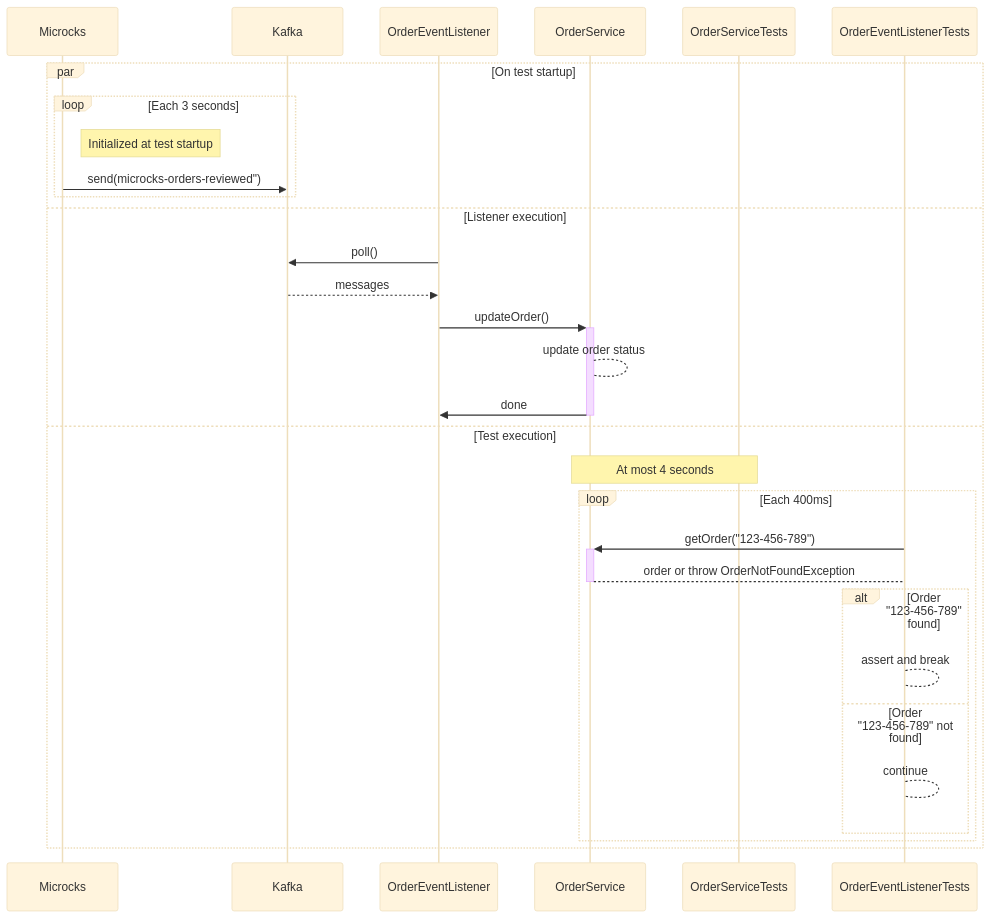
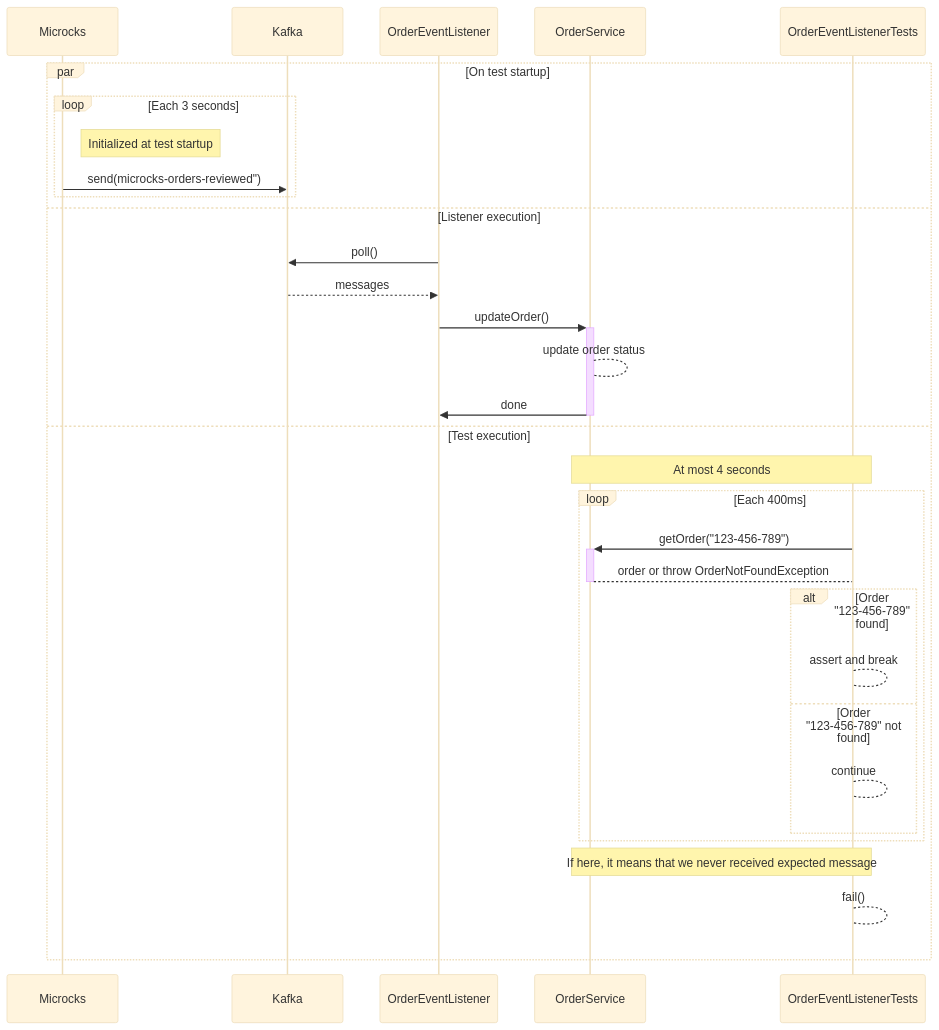
One commit to microcks/microcks-testcontainers-java-spring-demo changed the second of 2 diagrams in step-5-write-async-tests.md. Above: the diagram before and after it, drawn with Mermaid (base theme). The commit also changed other lines of this file, not shown here.

Commit message:
Fix sequence diagram of Order Event Listener test Signed-off-by: Laurent Broudoux <laurent.broudoux@gmail.com>

````diff
--- a/step-5-write-async-tests.md
+++ b/step-5-write-async-tests.md
@@ -175,27 +175,29 @@
 ```mermaid
 sequenceDiagram
   par On test startup
     loop Each 3 seconds
       participant Microcks
       Note right of Microcks: Initialized at test startup
       Microcks->>Kafka: send(microcks-orders-reviewed")
     end
   and Listener execution
     OrderEventListener->>Kafka: poll()
     Kafka-->>OrderEventListener: messages
     OrderEventListener->>+OrderService: updateOrder()
     OrderService-->OrderService: update order status
     OrderService->>-OrderEventListener: done
   and Test execution
-    Note over OrderServiceTests,OrderService: At most 4 seconds
+    Note over OrderService,OrderEventListenerTests: At most 4 seconds
     loop Each 400ms
       OrderEventListenerTests->>+OrderService: getOrder("123-456-789")
       OrderService-->-OrderEventListenerTests: order or throw OrderNotFoundException
       alt Order "123-456-789" found
         OrderEventListenerTests-->OrderEventListenerTests: assert and break;
       else Order "123-456-789" not found
         OrderEventListenerTests-->OrderEventListenerTests: continue;
       end
     end
+    Note over OrderService,OrderEventListenerTests: If here, it means that we never received expected message
+    OrderEventListenerTests-->OrderEventListenerTests: fail();
   end
 ```
````
